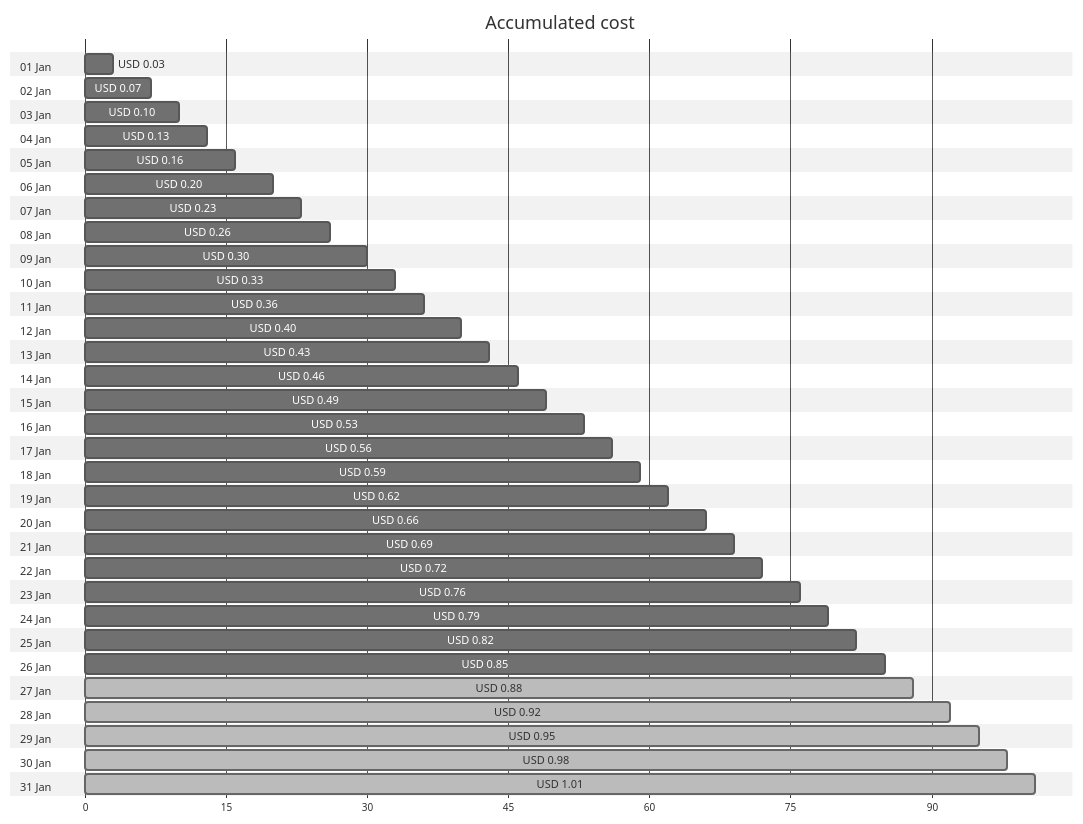
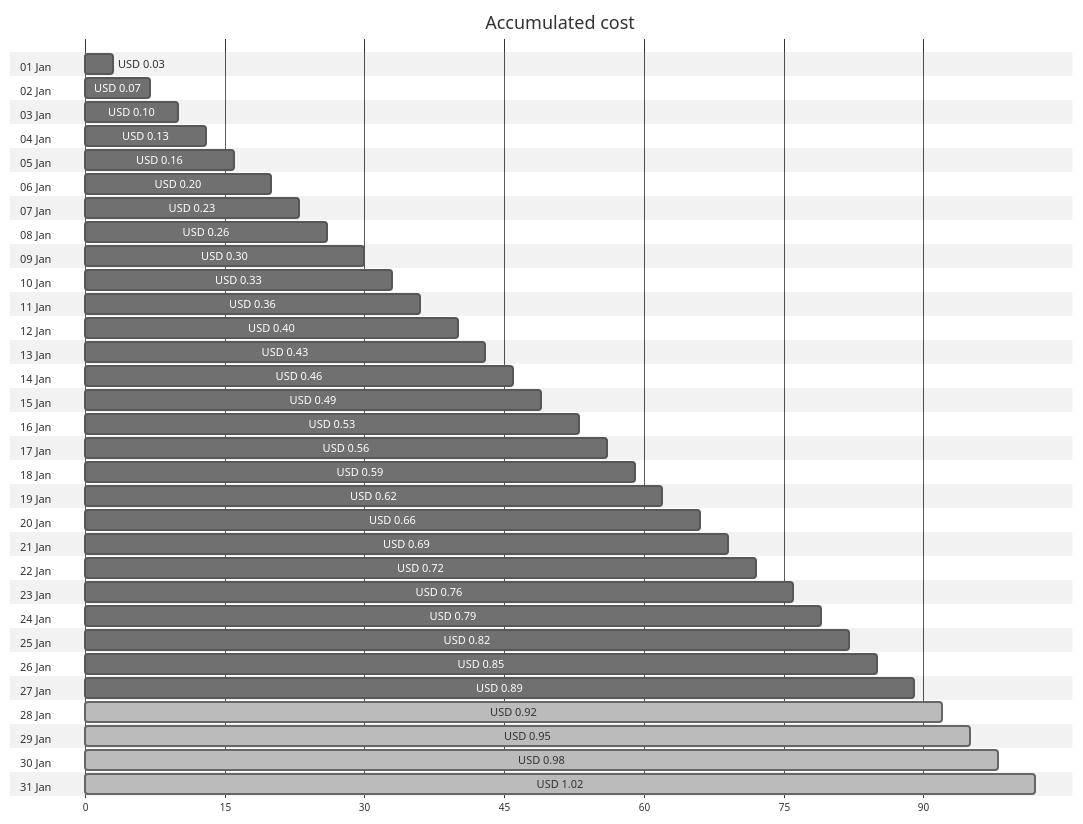
Before and after one commit to jpfulton/azure-personal-reports: the first of 4 diagrams in cost-reports/personal-dns/README.md, drawn with Mermaid (neutral theme). The commit also changed other lines of this file and 2 other files, not shown here.

````diff
--- a/cost-reports/personal-dns/README.md
+++ b/cost-reports/personal-dns/README.md
@@ -20,68 +20,68 @@
 ```mermaid
 gantt
    title Accumulated cost
    dateFormat  X
    axisFormat %s
    section 01 Jan
    USD 0.03 :0, 3
    section 02 Jan
    USD 0.07 :0, 7
    section 03 Jan
    USD 0.10 :0, 10
    section 04 Jan
    USD 0.13 :0, 13
    section 05 Jan
    USD 0.16 :0, 16
    section 06 Jan
    USD 0.20 :0, 20
    section 07 Jan
    USD 0.23 :0, 23
    section 08 Jan
    USD 0.26 :0, 26
    section 09 Jan
    USD 0.30 :0, 30
    section 10 Jan
    USD 0.33 :0, 33
    section 11 Jan
    USD 0.36 :0, 36
    section 12 Jan
    USD 0.40 :0, 40
    section 13 Jan
    USD 0.43 :0, 43
    section 14 Jan
    USD 0.46 :0, 46
    section 15 Jan
    USD 0.49 :0, 49
    section 16 Jan
    USD 0.53 :0, 53
    section 17 Jan
    USD 0.56 :0, 56
    section 18 Jan
    USD 0.59 :0, 59
    section 19 Jan
    USD 0.62 :0, 62
    section 20 Jan
    USD 0.66 :0, 66
    section 21 Jan
    USD 0.69 :0, 69
    section 22 Jan
    USD 0.72 :0, 72
    section 23 Jan
    USD 0.76 :0, 76
    section 24 Jan
    USD 0.79 :0, 79
    section 25 Jan
    USD 0.82 :0, 82
    section 26 Jan
    USD 0.85 :0, 85
    section 27 Jan
-   USD 0.88 : done, 0, 88
+   USD 0.89 :0, 89
    section 28 Jan
    USD 0.92 : done, 0, 92
    section 29 Jan
    USD 0.95 : done, 0, 95
    section 30 Jan
    USD 0.98 : done, 0, 98
    section 31 Jan
-   USD 1.01 : done, 0, 101
+   USD 1.02 : done, 0, 102
 ```
````
